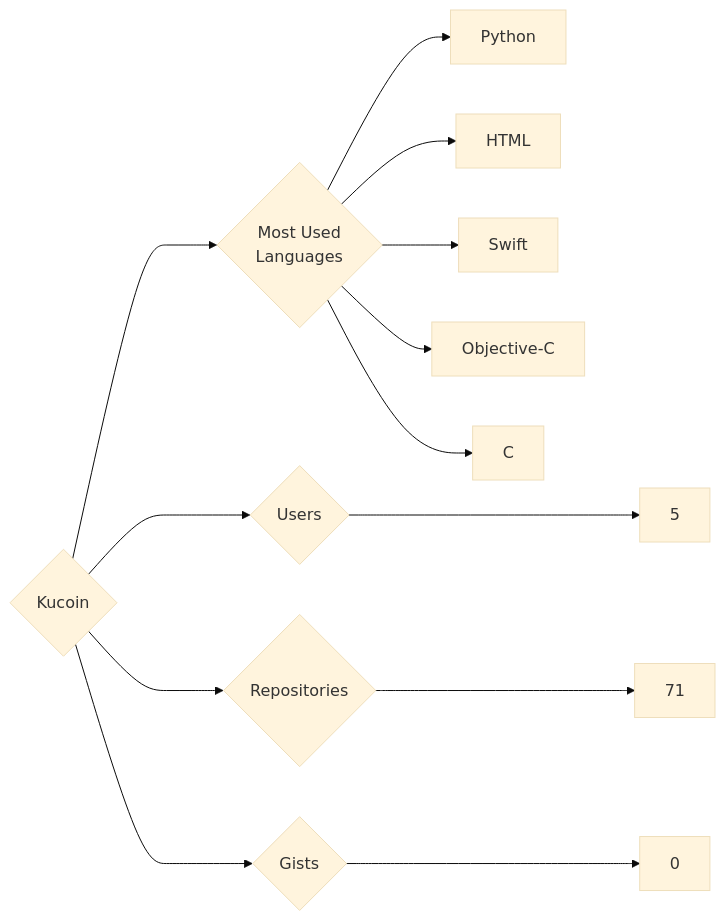
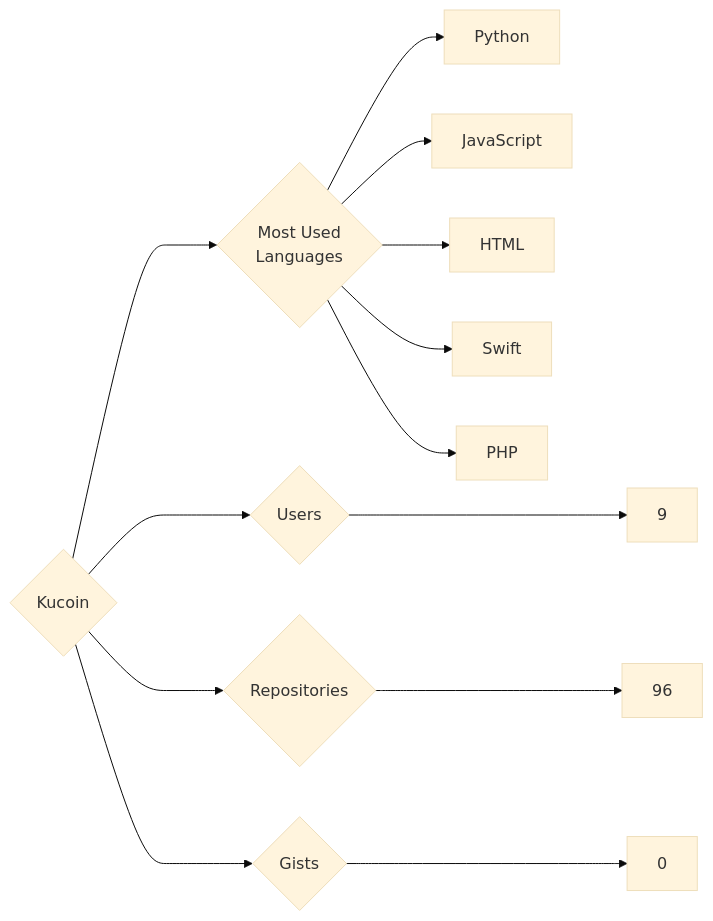
Before and after one commit to trickest/insiders: the diagram in targets/Kucoin/README.md, drawn with Mermaid (base theme). The commit also changed 860 other files, not shown here.

````diff
--- a/targets/Kucoin/README.md
+++ b/targets/Kucoin/README.md
@@ -3,13 +3,13 @@
 ```mermaid
 graph LR
 COMPANY_NAME{Kucoin}
-COMPANY_NAME ---> U{Users} ---> UN[5]
-COMPANY_NAME ---> R{Repositories} ---> RN[71]
+COMPANY_NAME ---> U{Users} ---> UN[9]
+COMPANY_NAME ---> R{Repositories} ---> RN[96]
 COMPANY_NAME ---> G{Gists} ---> GN[0]
 COMPANY_NAME ---> ML{Most Used<br>Languages}
 ML --> Python[Python]
+ML --> JavaScript[JavaScript]
 ML --> HTML[HTML]
 ML --> Swift[Swift]
-ML --> Objective-C[Objective-C]
-ML --> C[C]
+ML --> PHP[PHP]
 ```
````
